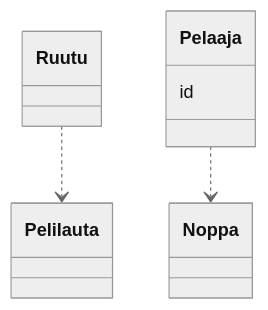
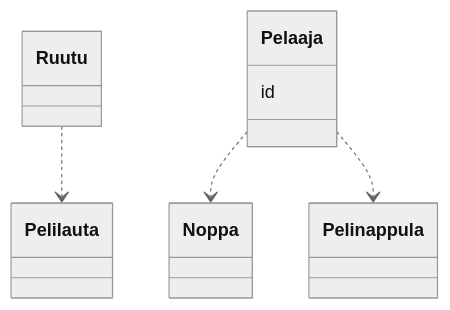
The diagram in laskarit/viikko3/test.md (MiikaMatias/ot-harjoitustyo), drawn with Mermaid (neutral theme) before and after one commit.

````diff
--- a/laskarit/viikko3/test.md
+++ b/laskarit/viikko3/test.md
@@ -5,14 +5,17 @@
 ```mermaid
  classDiagram
       Ruutu ..> Pelilauta
       Pelaaja ..> Noppa
+      Pelaaja ..> Pelinappula
       class Noppa{
       }
       class Pelaaja{
           id
       }
       class Pelilauta{
       }
       class Ruutu{
       }
+      class Pelinappula {
+      }
 ```
````
